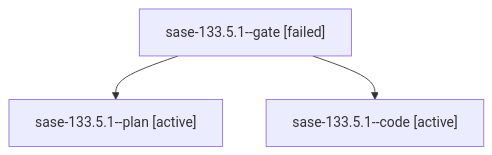
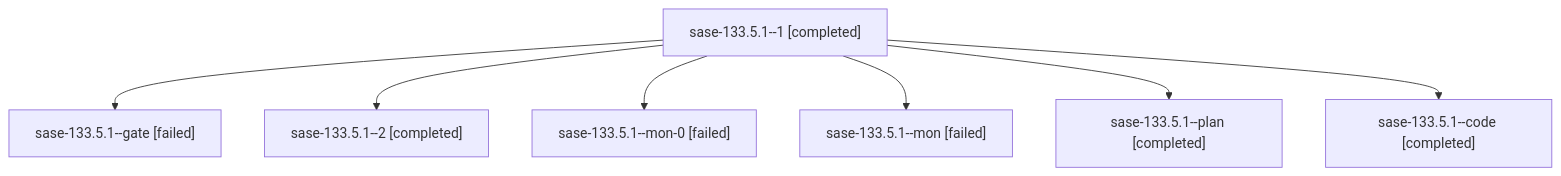
One commit to sase-org/sase--agents changed the diagram in families/bbugyi200.athena.sase-133.5.1.md. Above: the diagram before and after it, drawn with Mermaid. The commit also changed other lines of this file and 110 other files, not shown here.

````diff
--- a/families/bbugyi200.athena.sase-133.5.1.md
+++ b/families/bbugyi200.athena.sase-133.5.1.md
@@ -9,8 +9,16 @@
 ```mermaid
 flowchart TD
-  n0["sase-133.5.1--gate [failed]"]
-  n1["sase-133.5.1--plan [active]"]
+  n0["sase-133.5.1--1 [completed]"]
+  n1["sase-133.5.1--gate [failed]"]
   n0 --> n1
-  n2["sase-133.5.1--code [active]"]
+  n2["sase-133.5.1--2 [completed]"]
   n0 --> n2
+  n3["sase-133.5.1--mon-0 [failed]"]
+  n0 --> n3
+  n4["sase-133.5.1--mon [failed]"]
+  n0 --> n4
+  n5["sase-133.5.1--plan [completed]"]
+  n0 --> n5
+  n6["sase-133.5.1--code [completed]"]
+  n0 --> n6
 ```
````
